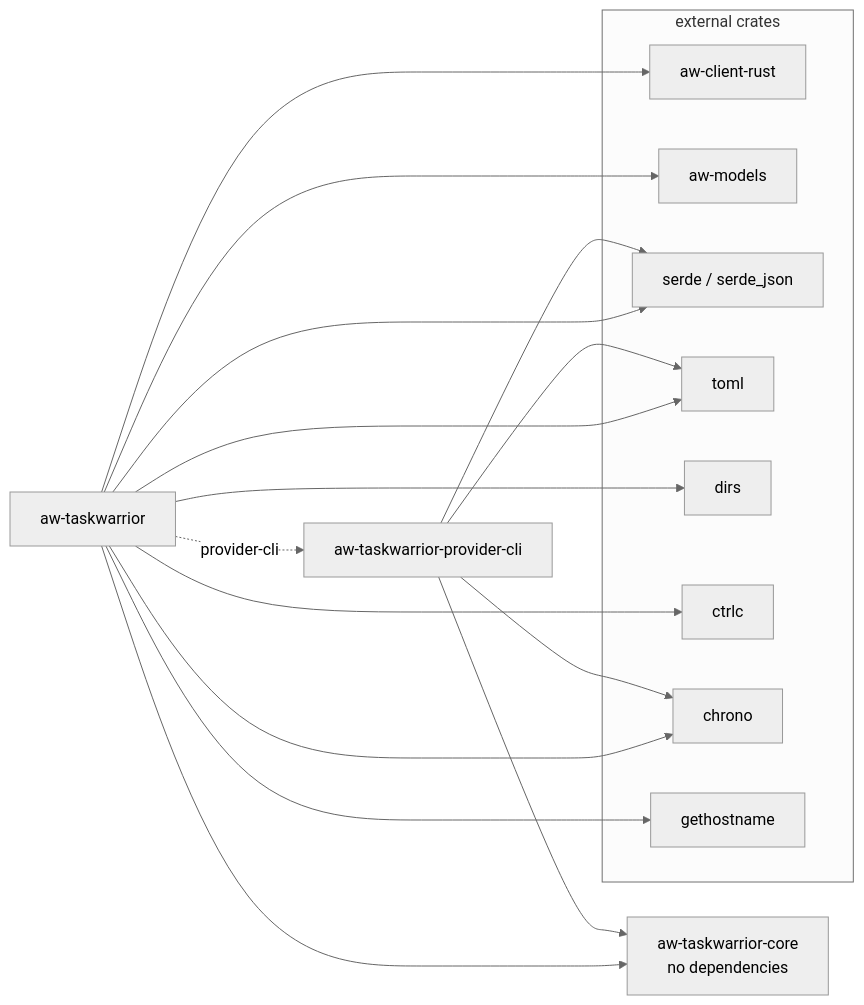
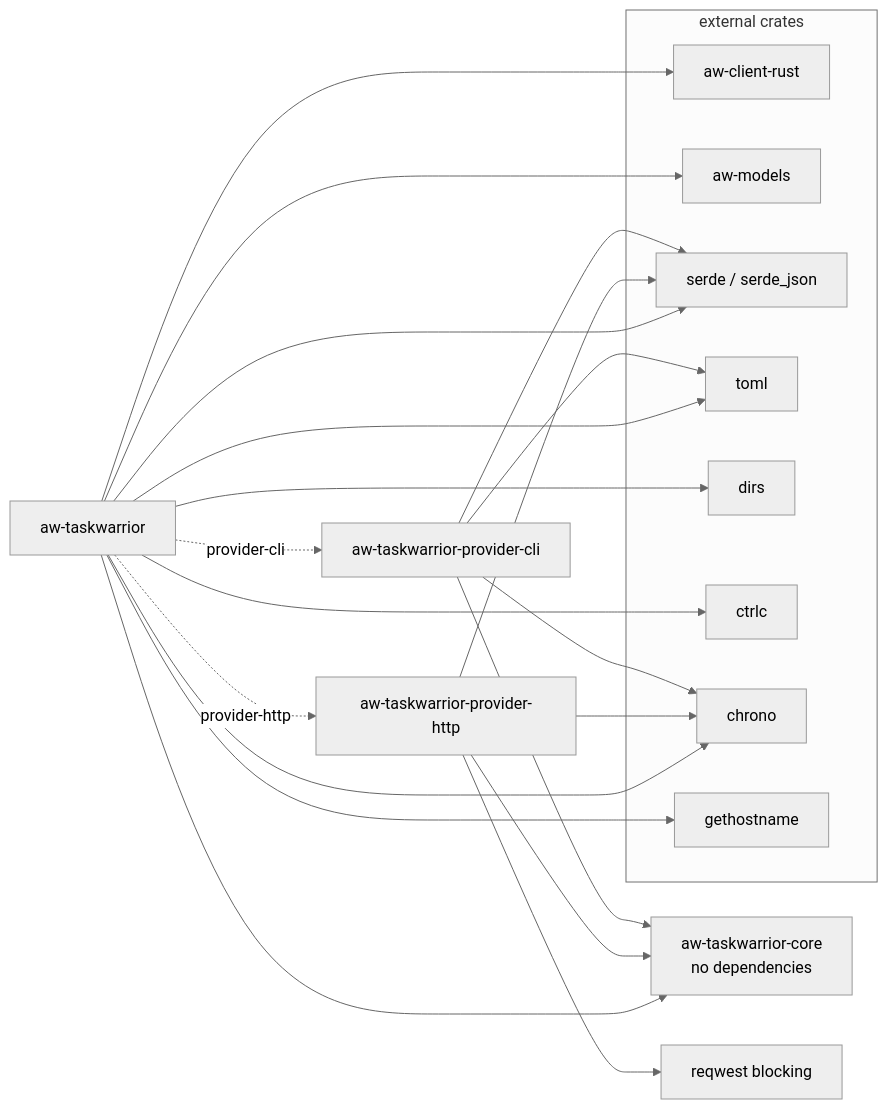
Before and after one commit to emirhg/aw-taskwarrior: the diagram in docs/dependencies.md, drawn with Mermaid (neutral theme). The commit also changed other lines of this file and 13 other files, not shown here.

First line of the commit message:
feat(provider): add HTTP task provider for task-rest (REQ-007)

````diff
--- a/docs/dependencies.md
+++ b/docs/dependencies.md
@@ -43,28 +49,33 @@
 ```mermaid
 flowchart LR
     subgraph crates[external crates]
         awc[aw-client-rust]
         awm[aw-models]
         serde[serde / serde_json]
         toml[toml]
         dirs[dirs]
         ctrlc[ctrlc]
         chrono[chrono]
         gh[gethostname]
     end
     core[aw-taskwarrior-core<br/>no dependencies]
     cli[aw-taskwarrior-provider-cli] --> core
     cli --> serde
     cli --> toml
     cli --> chrono
+    http[aw-taskwarrior-provider-http] --> core
+    http --> reqwest[reqwest blocking]
+    http --> serde
+    http --> chrono
     watcher[aw-taskwarrior] --> core
     watcher -. provider-cli .-> cli
+    watcher -. provider-http .-> http
     watcher --> ctrlc
     watcher --> dirs
     watcher --> toml
     watcher --> awc
     watcher --> awm
     watcher --> serde
     watcher --> chrono
     watcher --> gh
 ```
````
